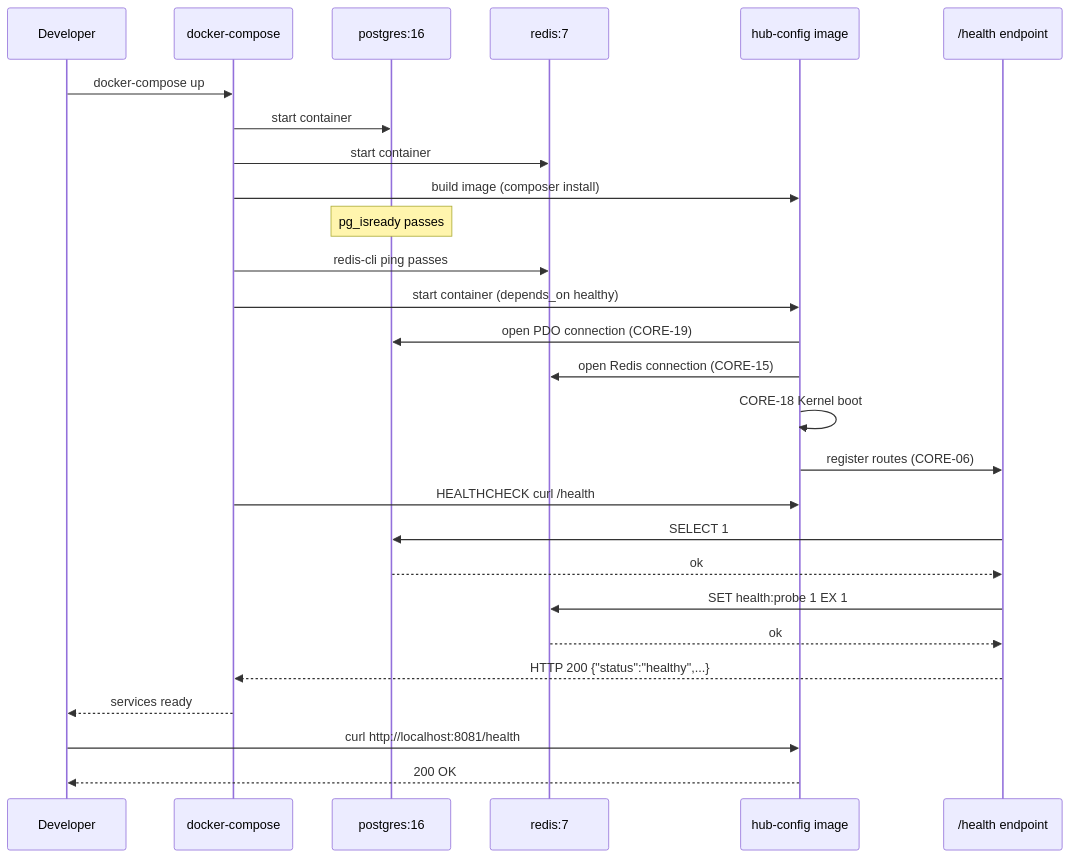
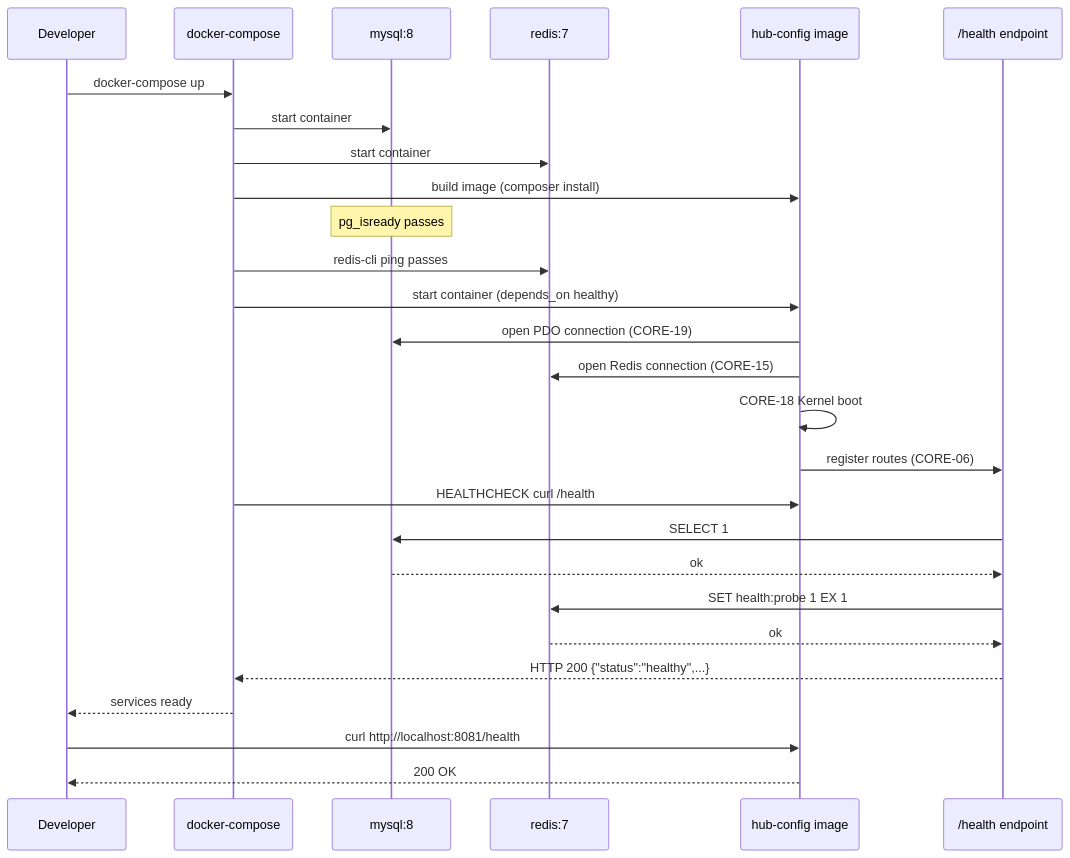
The first of 2 diagrams in Architecture/Deploy/DEPLOY-01.md (DGCodeIdeas/DGLab), drawn with Mermaid before and after one commit. The commit also changed other lines of this file and 41 other files, not shown here.

First line of the commit message:
refactor(architecture): pivot primary datastore to MySQL 8 and promote blueprints

````diff
--- a/Architecture/Deploy/DEPLOY-01.md
+++ b/Architecture/Deploy/DEPLOY-01.md
@@ -492,30 +493,30 @@
 ```mermaid
 sequenceDiagram
     participant Dev as Developer
     participant Compose as docker-compose
-    participant PG as postgres:16
+    participant PG as mysql:8
     participant Redis as redis:7
     participant Hub as hub-config image
     participant Health as /health endpoint
 
     Dev->>Compose: docker-compose up
     Compose->>PG: start container
     Compose->>Redis: start container
     Compose->>Hub: build image (composer install)
     Note over PG: pg_isready passes
     Compose->>Redis: redis-cli ping passes
     Compose->>Hub: start container (depends_on healthy)
     Hub->>PG: open PDO connection (CORE-19)
     Hub->>Redis: open Redis connection (CORE-15)
     Hub->>Hub: CORE-18 Kernel boot
     Hub->>Health: register routes (CORE-06)
     Compose->>Hub: HEALTHCHECK curl /health
     Health->>PG: SELECT 1
     PG-->>Health: ok
     Health->>Redis: SET health:probe 1 EX 1
     Redis-->>Health: ok
     Health-->>Compose: HTTP 200 {"status":"healthy",...}
     Compose-->>Dev: services ready
     Dev->>Hub: curl http://localhost:8081/health
     Hub-->>Dev: 200 OK
 ```
````
